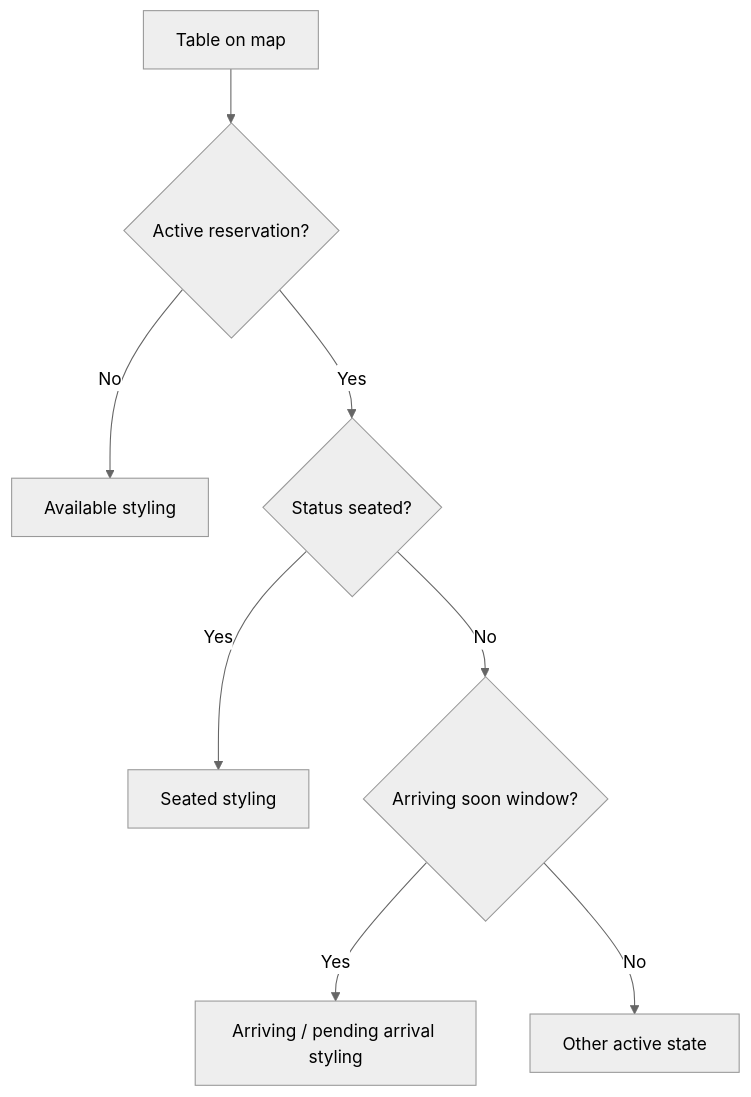
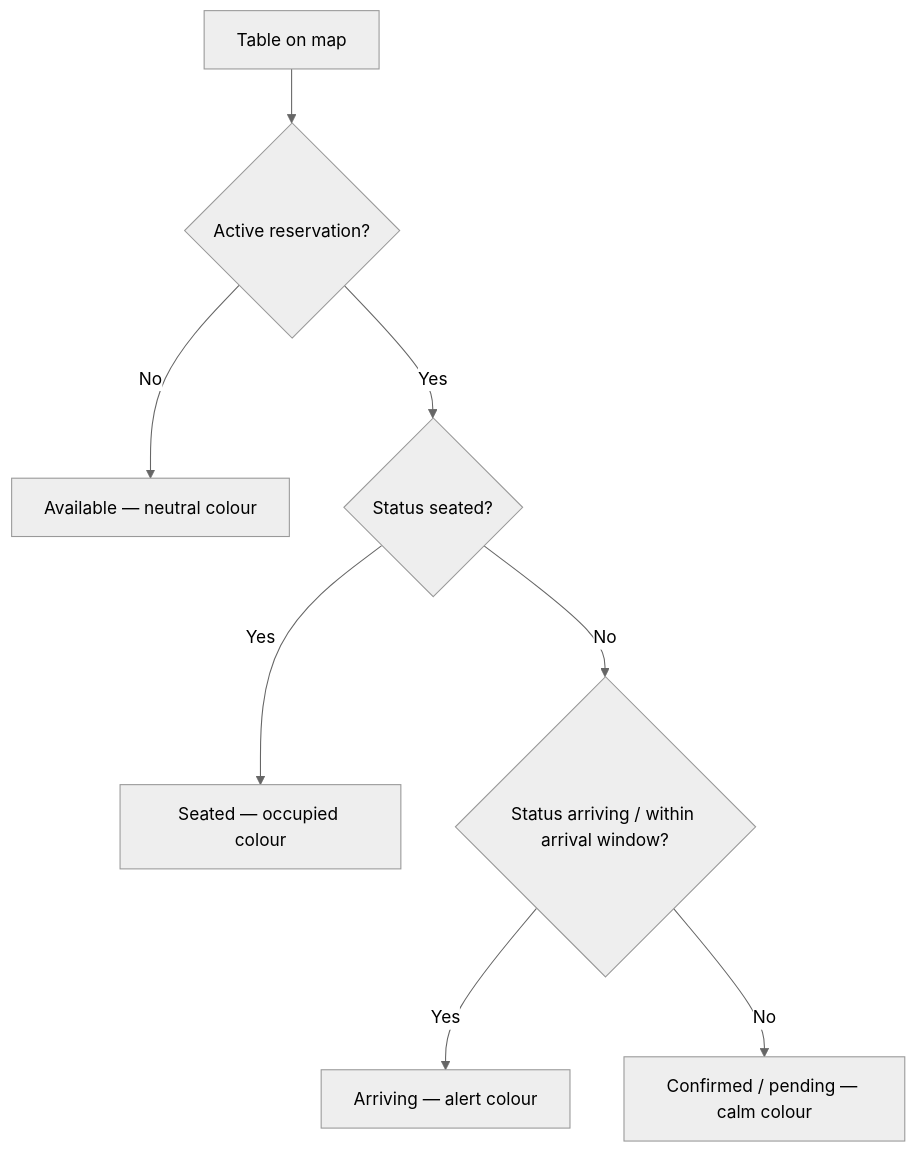
One commit to pizn-01/dinely changed the second of 6 diagrams in docs/CLIENT_HANDOVER_STAFF_OPERATIONS.md. Above: the diagram before and after it, drawn with Mermaid (neutral theme). The commit also changed other lines of this file and 2 other files, not shown here.

````diff
--- a/docs/CLIENT_HANDOVER_STAFF_OPERATIONS.md
+++ b/docs/CLIENT_HANDOVER_STAFF_OPERATIONS.md
@@ -59,10 +85,10 @@
 ```mermaid
 flowchart TD
   A[Table on map] --> B{Active reservation?}
-  B -->|No| G[Available styling]
+  B -->|No| G[Available — neutral colour]
   B -->|Yes| C{Status seated?}
-  C -->|Yes| H[Seated styling]
-  C -->|No| D{Arriving soon window?}
-  D -->|Yes| I[Arriving / pending arrival styling]
-  D -->|No| J[Other active state]
+  C -->|Yes| H[Seated — occupied colour]
+  C -->|No| D{Status arriving / within arrival window?}
+  D -->|Yes| I[Arriving — alert colour]
+  D -->|No| J[Confirmed / pending — calm colour]
 ```
````
